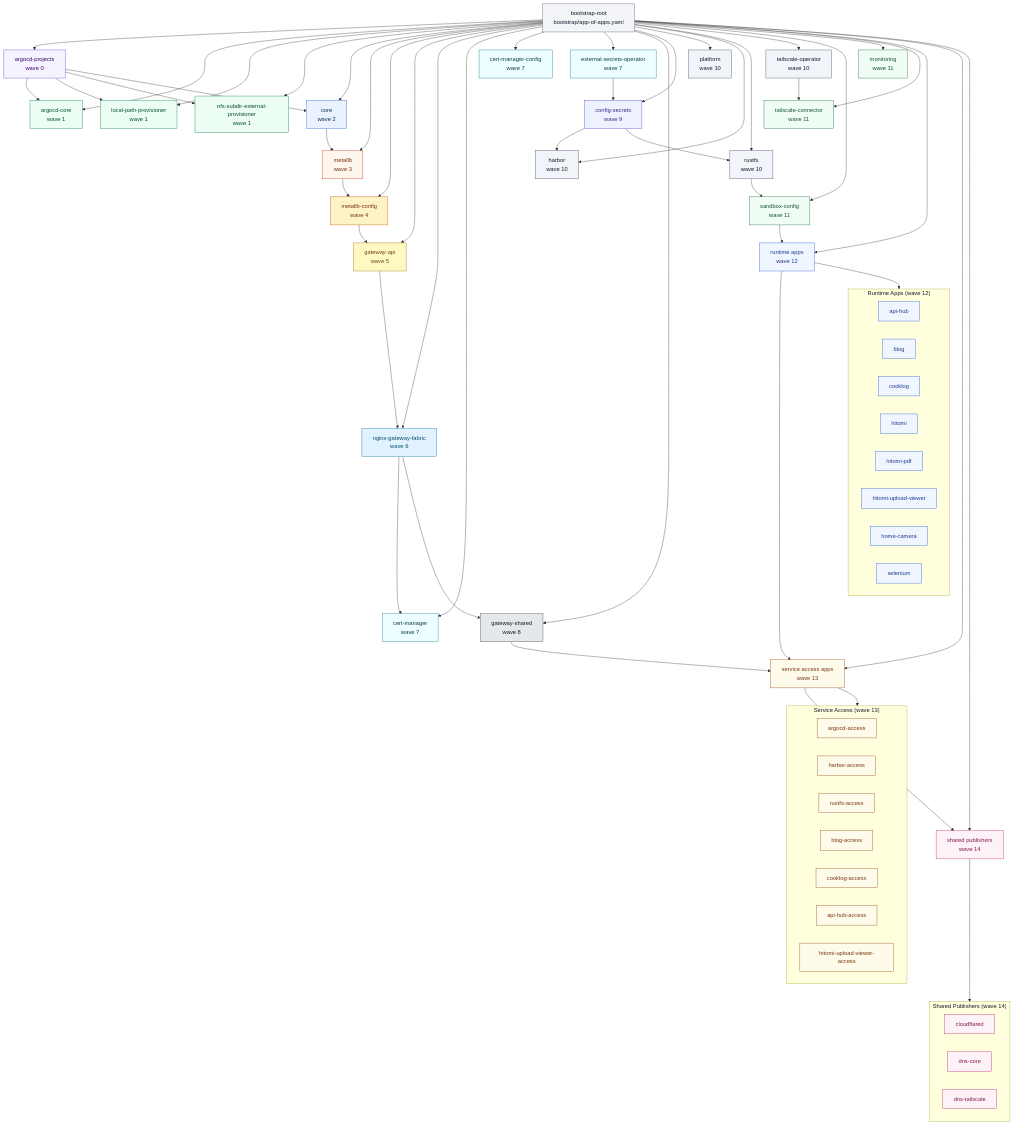
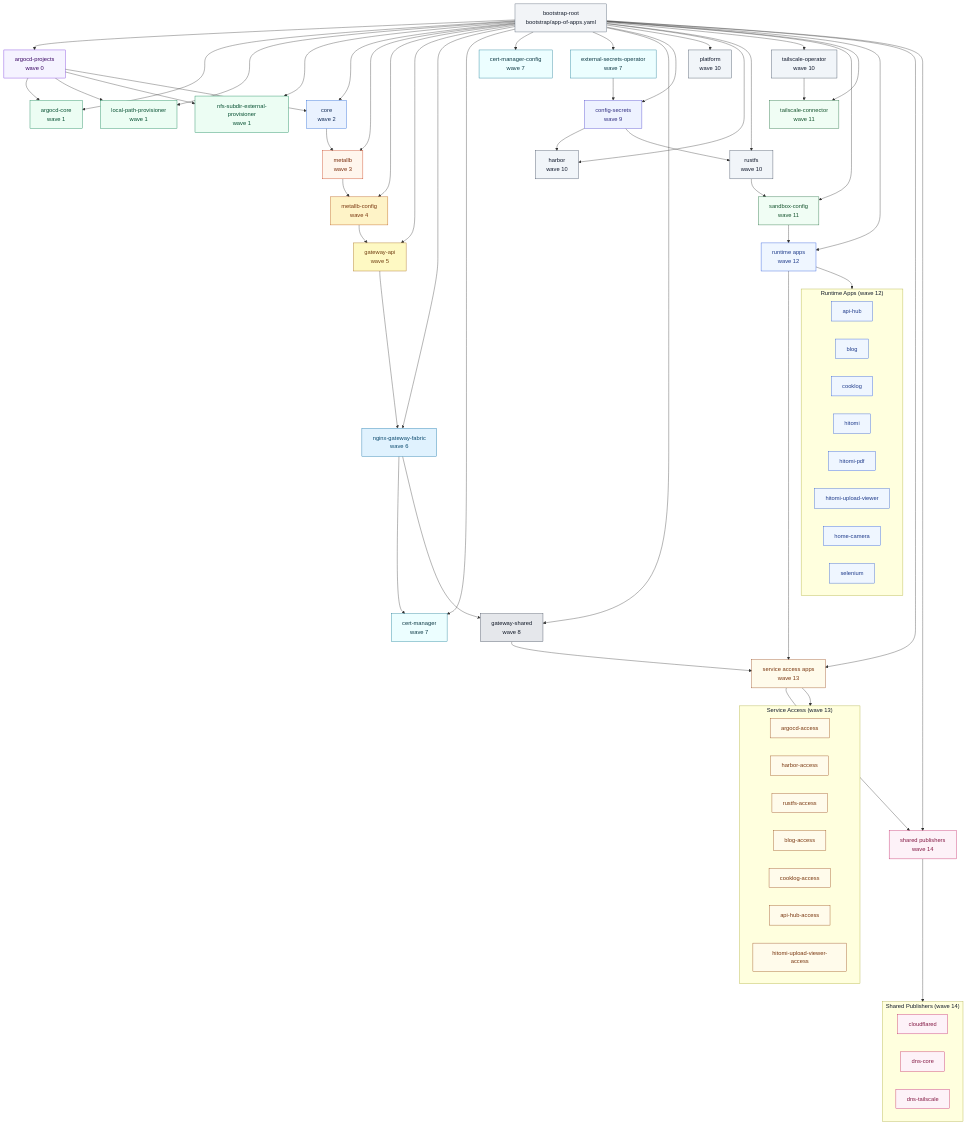
The diagram in docs/diagrams/app-of-apps-sync-wave.md (ksera524/k8s_myHome), drawn with Mermaid before and after one commit. The commit also changed other lines of this file and 101 other files, not shown here.

```diff
--- a/docs/diagrams/app-of-apps-sync-wave.md
+++ b/docs/diagrams/app-of-apps-sync-wave.md
@@ -28,8 +28,7 @@
   wave10c["rustfs\nwave 10"]:::wave10
   wave10d["tailscale-operator\nwave 10"]:::wave10
   wave11a["sandbox-config\nwave 11"]:::wave11
-  wave11b["monitoring\nwave 11"]:::wave11
-  wave11c["tailscale-connector\nwave 11"]:::wave11
+  wave11b["tailscale-connector\nwave 11"]:::wave11
   wave12["runtime apps\nwave 12"]:::wave12
   wave13["service access apps\nwave 13"]:::wave13
   wave14["shared publishers\nwave 14"]:::wave14
@@ -54,7 +53,6 @@
   root --> wave10d
   root --> wave11a
   root --> wave11b
-  root --> wave11c
   root --> wave12
   root --> wave13
   root --> wave14
@@ -73,7 +71,7 @@
   wave8 --> wave13
   wave9 --> wave10b
   wave9 --> wave10c
-  wave10d --> wave11c
+  wave10d --> wave11b
   wave10c --> wave11a
   wave11a --> wave12
   wave12 --> wave13
```
